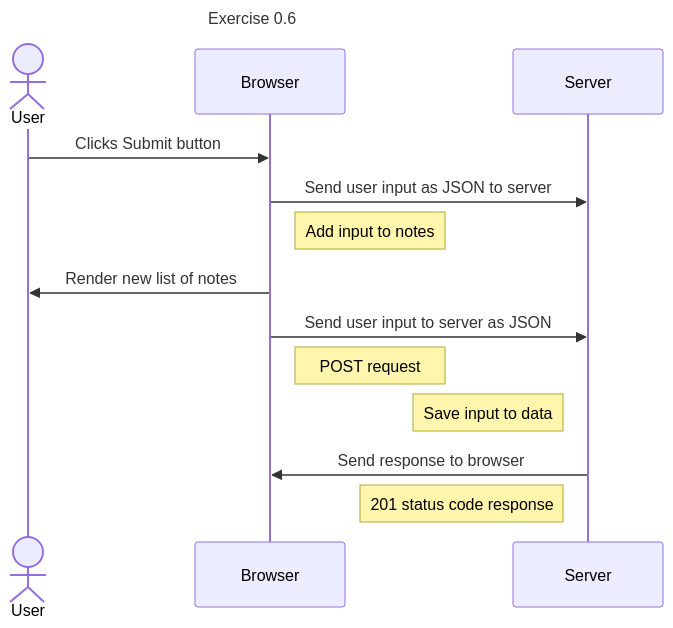
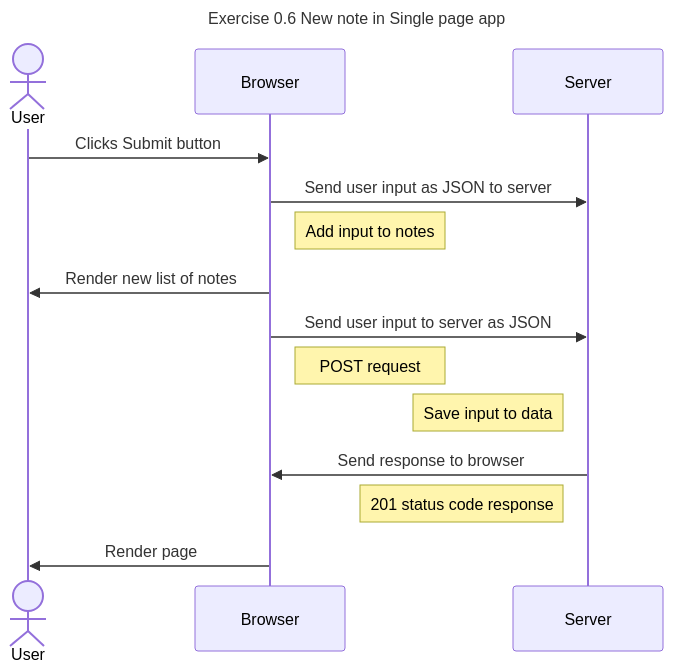
The diagram in part0/Exercise 0.6.md (React-FullStack-Exercises/Exercise-0-1-2), drawn with Mermaid before and after one commit. The commit also changed 2 other files, not shown here.

Commit message:
formated for mermaid syntax

````diff
--- a/part0/Exercise 0.6.md
+++ b/part0/Exercise 0.6.md
@@ -1,18 +1,19 @@
 ```mermaid
   sequenceDiagram
-    title Exercise 0.6
+    title Exercise 0.6 New note in Single page app
 
       actor User
       participant Browser
       participant Server
 
       User->>Browser: Clicks Submit button
       Browser->>Server: Send user input as JSON to server
       note right of Browser: Add input to notes
       Browser->>User: Render new list of notes
       Browser->>Server: Send user input to server as JSON
       note right of Browser: POST request
       note left of Server: Save input to data
       Server->>Browser: Send response to browser
       note left of Server: 201 status code response
+      Browser->>User: Render page
 ```
````
